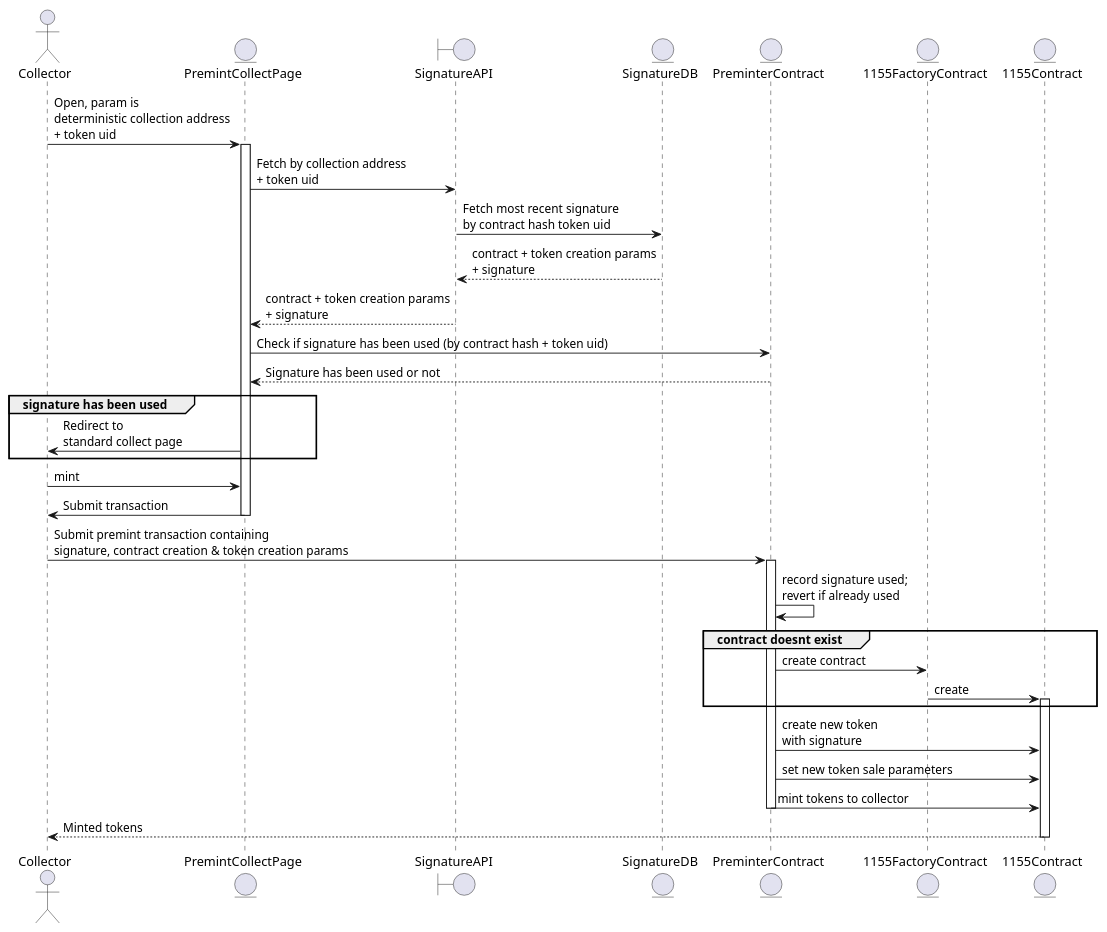
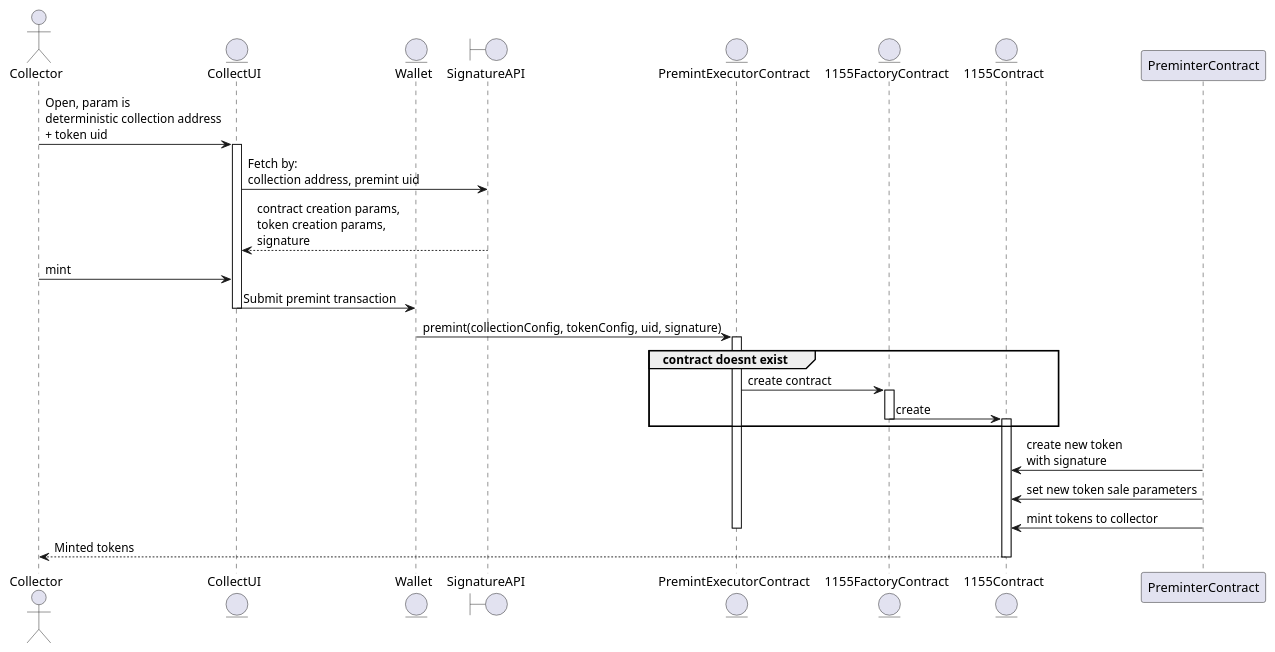
The diagram in uml/gasslessCreate-collecting-sequence.puml (ourzora/zora-protocol), drawn with PlantUML before and after one commit. The commit also changed 4 other files, not shown here.

```diff
--- a/uml/gasslessCreate-collecting-sequence.puml
+++ b/uml/gasslessCreate-collecting-sequence.puml
@@ -1,48 +1,39 @@
 @startuml
 actor Collector
-entity PremintCollectPage 
+entity CollectUI 
+entity Wallet
 boundary SignatureAPI
-entity SignatureDB
-entity PreminterContract
+entity PremintExecutorContract
 entity 1155FactoryContract
 entity 1155Contract
 
-Collector -> PremintCollectPage: Open, param is \ndeterministic collection address\n+ token uid
-Activate PremintCollectPage
-PremintCollectPage -> SignatureAPI: Fetch by collection address\n+ token uid
-SignatureAPI -> SignatureDB: Fetch most recent signature\nby contract hash token uid
-SignatureDB --> SignatureAPI: contract + token creation params\n+ signature
-SignatureAPI --> PremintCollectPage: contract + token creation params\n+ signature
-PremintCollectPage -> PreminterContract: Check if signature has been used (by contract hash + token uid)
-PreminterContract --> PremintCollectPage: Signature has been used or not
+Collector -> CollectUI: Open, param is \ndeterministic collection address\n+ token uid
+Activate CollectUI
+CollectUI -> SignatureAPI: Fetch by:\ncollection address, premint uid
+SignatureAPI --> CollectUI: contract creation params,\ntoken creation params,\nsignature
 
-Group signature has been used
-
-    PremintCollectPage -> Collector: Redirect to \nstandard collect page
-
-end
-
-Collector -> PremintCollectPage: mint
-PremintCollectPage -> Collector: Submit transaction
-deactivate PremintCollectPage
-Collector -> PreminterContract: Submit premint transaction containing \nsignature, contract creation & token creation params
-activate PreminterContract
-PreminterContract -> PreminterContract: record signature used;\nrevert if already used
+Collector -> CollectUI: mint
+CollectUI -> Wallet: Submit premint transaction
+deactivate CollectUI
+Wallet -> PremintExecutorContract: premint(collectionConfig, tokenConfig, uid, signature)
+activate PremintExecutorContract
 
 Group contract doesnt exist
   
-    PreminterContract -> 1155FactoryContract: create contract
+    PremintExecutorContract -> 1155FactoryContract: create contract
+    activate 1155FactoryContract
     1155FactoryContract -> 1155Contract: create
+    deactivate 1155FactoryContract
     activate 1155Contract
 
 end
 
 PreminterContract -> 1155Contract: create new token\nwith signature
 PreminterContract -> 1155Contract: set new token sale parameters
 PreminterContract -> 1155Contract: mint tokens to collector
 
-deactivate PreminterContract
+deactivate PremintExecutorContract
 1155Contract --> Collector: Minted tokens
 deactivate 1155Contract
 
 @enduml
```
